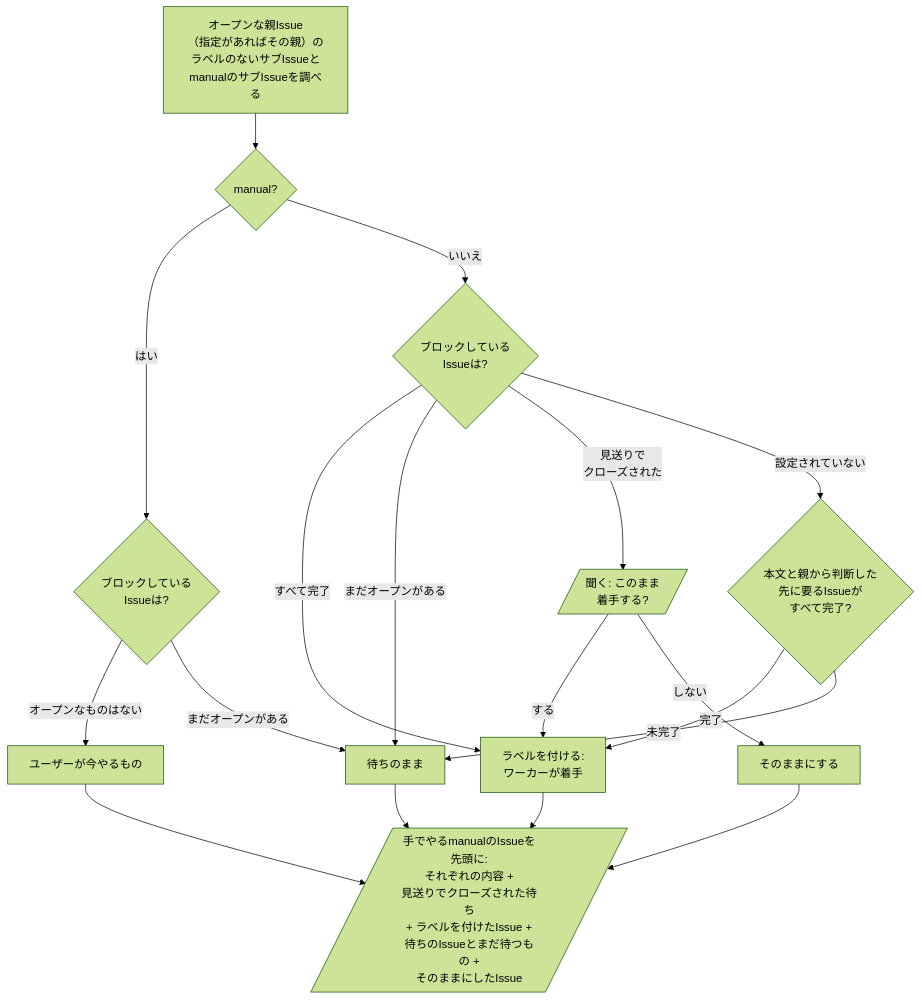
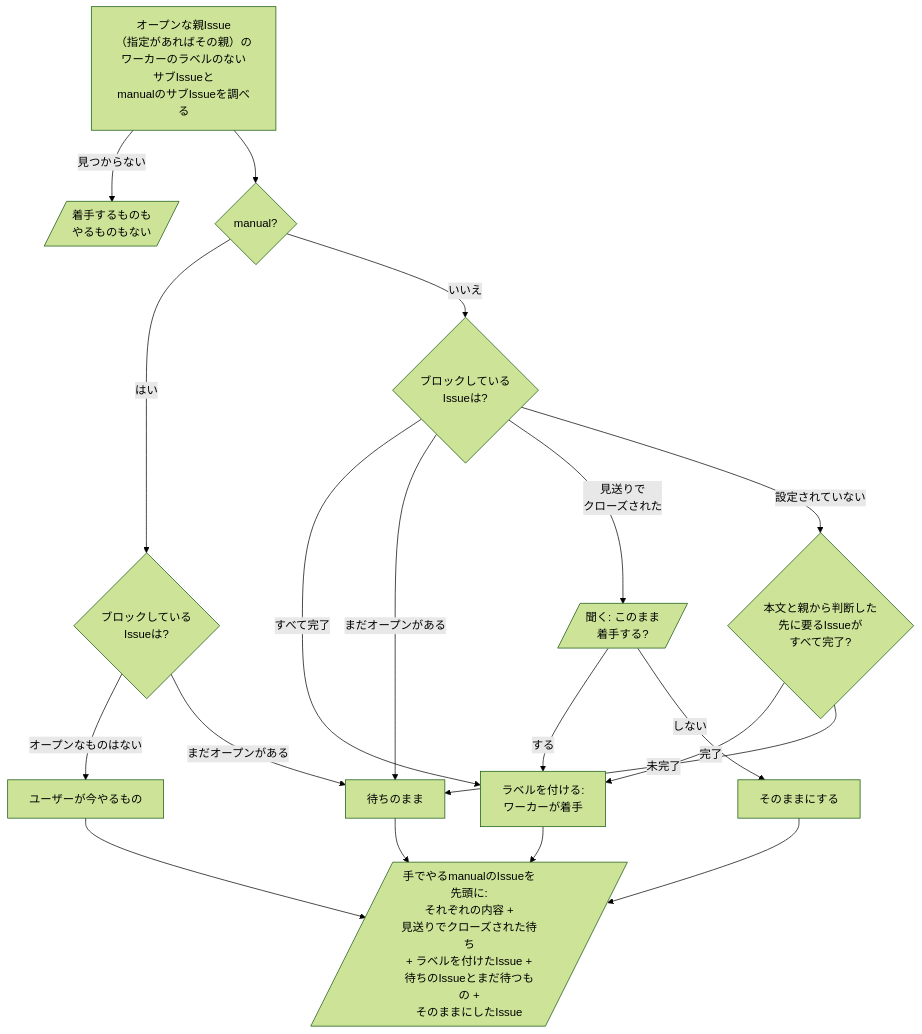
The diagram in shared/skills/unblock/README.ja.md (omni-stove/skill-kit), drawn with Mermaid (forest theme) before and after one commit. The commit also changed 18 other files, not shown here.

````diff
--- a/shared/skills/unblock/README.ja.md
+++ b/shared/skills/unblock/README.ja.md
@@ -3,21 +3,22 @@
 ```mermaid
 flowchart TD
-  scan[オープンな親Issue<br/>（指定があればその親）の<br/>ラベルのないサブIssueと<br/>manualのサブIssueを調べる]
+  scan[オープンな親Issue<br/>（指定があればその親）の<br/>ワーカーのラベルのない<br/>サブIssueと<br/>manualのサブIssueを調べる]
+  scan -- "見つからない" --> none[/着手するものも<br/>やるものもない/]
   scan --> kind{manual?}
   kind -- "はい" --> mstate{ブロックしている<br/>Issueは?}
   mstate -- "オープンなものはない" --> yours[ユーザーが今やるもの]
   mstate -- "まだオープンがある" --> waiting
   kind -- "いいえ" --> state{ブロックしている<br/>Issueは?}
   state -- "すべて完了" --> label[ラベルを付ける:<br/>ワーカーが着手]
   state -- "まだオープンがある" --> waiting[待ちのまま]
   state -- "見送りで<br/>クローズされた" --> ask[/聞く: このまま<br/>着手する?/]
   state -- "設定されていない" --> judge{本文と親から判断した<br/>先に要るIssueが<br/>すべて完了?}
   judge -- "完了" --> label
   judge -- "未完了" --> waiting
   ask -- "する" --> label
   ask -- "しない" --> keep[そのままにする]
   yours --> report[/"手でやるmanualのIssueを先頭に:<br/>それぞれの内容 +<br/>見送りでクローズされた待ち<br/>+ ラベルを付けたIssue +<br/>待ちのIssueとまだ待つもの +<br/>そのままにしたIssue"/]
   label --> report
   waiting --> report
   keep --> report
 ```
````
